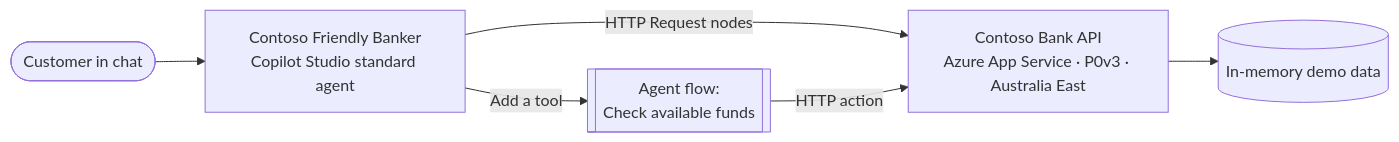
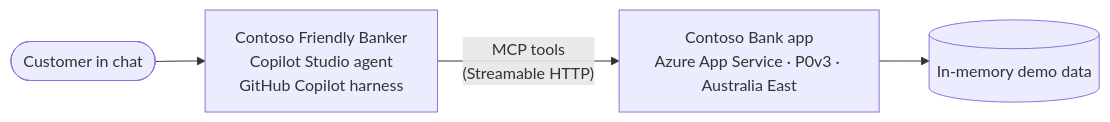
Before and after one commit to CSDSkilling/asia-learning-hub: the diagram in industry/FSI/Copilot-Studio/Contoso Banking Backend/README.md, drawn with Mermaid. The commit also changed other lines of this file and 12 other files, not shown here.

Commit message:
upgrade standard harness to the github copilot harness

````diff
--- a/industry/FSI/Copilot-Studio/Contoso Banking Backend/README.md
+++ b/industry/FSI/Copilot-Studio/Contoso Banking Backend/README.md
@@ -10,8 +10,6 @@
 ```mermaid
 flowchart LR
-  C([Customer in chat]) --> A[Contoso Friendly Banker<br/>Copilot Studio standard agent]
-  A -- "HTTP Request nodes" --> W[Contoso Bank API<br/>Azure App Service · P0v3 · Australia East]
-  A -- "Add a tool" --> F[[Agent flow:<br/>Check available funds]]
-  F -- "HTTP action" --> W
+  C([Customer in chat]) --> A[Contoso Friendly Banker<br/>Copilot Studio agent<br/>GitHub Copilot harness]
+  A -- "MCP tools<br/>(Streamable HTTP)" --> W[Contoso Bank app<br/>Azure App Service · P0v3 · Australia East]
   W --> D[(In-memory demo data)]
 ```
````
